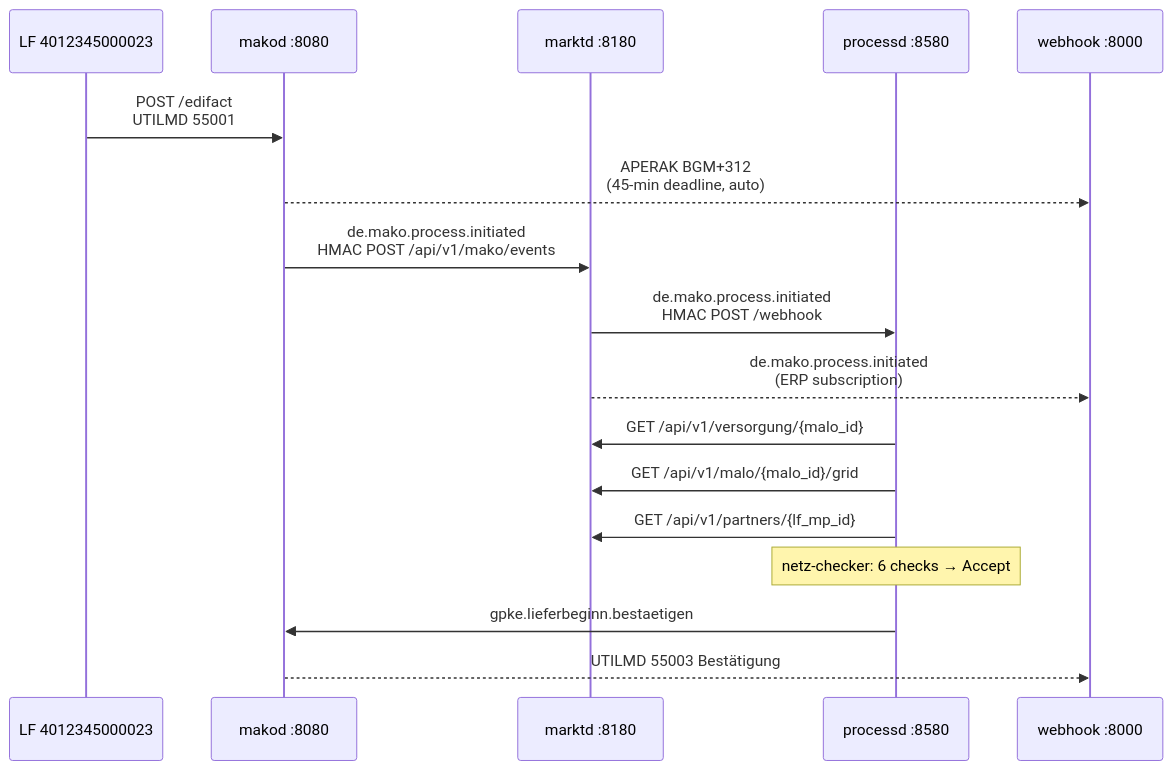
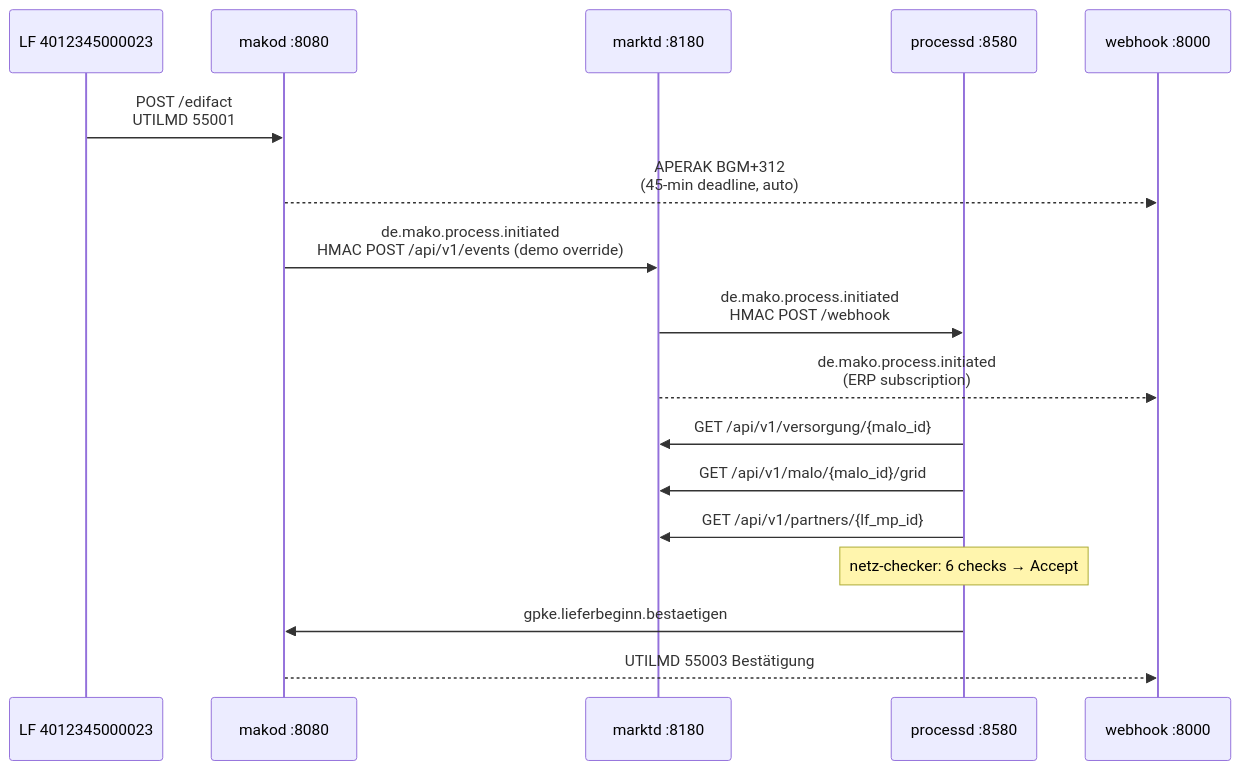
The diagram in docs/getting-started.md (hupe1980/mako), drawn with Mermaid before and after one commit. The commit also changed other lines of this file and 81 other files, not shown here.

````diff
--- a/docs/getting-started.md
+++ b/docs/getting-started.md
@@ -28,20 +28,20 @@
 ```mermaid
 sequenceDiagram
     participant LF as LF 4012345000023
     participant makod as makod :8080
     participant marktd as marktd :8180
     participant processd as processd :8580
     participant webhook as webhook :8000
 
     LF->>makod: POST /edifact<br/>UTILMD 55001
     makod-->>webhook: APERAK BGM+312<br/>(45-min deadline, auto)
-    makod->>marktd: de.mako.process.initiated<br/>HMAC POST /api/v1/mako/events
+    makod->>marktd: de.mako.process.initiated<br/>HMAC POST /api/v1/events (demo override)
     marktd->>processd: de.mako.process.initiated<br/>HMAC POST /webhook
     marktd-->>webhook: de.mako.process.initiated<br/>(ERP subscription)
     processd->>marktd: GET /api/v1/versorgung/{malo_id}
     processd->>marktd: GET /api/v1/malo/{malo_id}/grid
     processd->>marktd: GET /api/v1/partners/{lf_mp_id}
     Note over processd: netz-checker: 6 checks → Accept
     processd->>makod: gpke.lieferbeginn.bestaetigen
     makod-->>webhook: UTILMD 55003 Bestätigung
 ```
````
